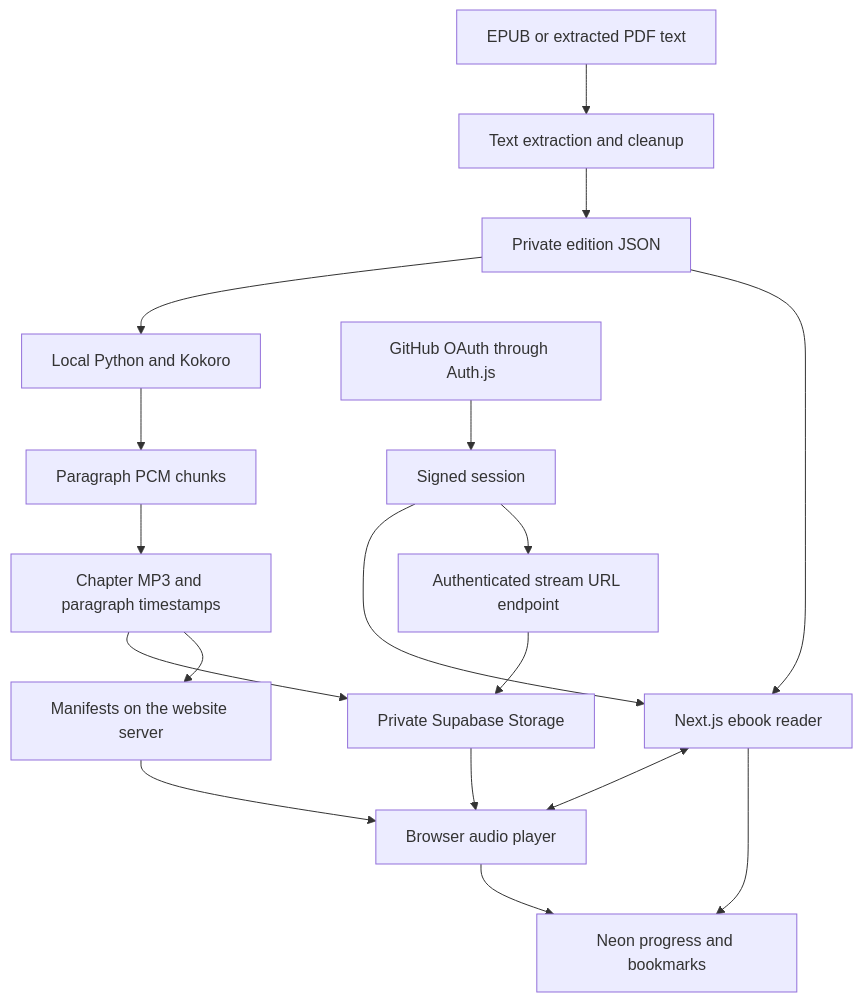
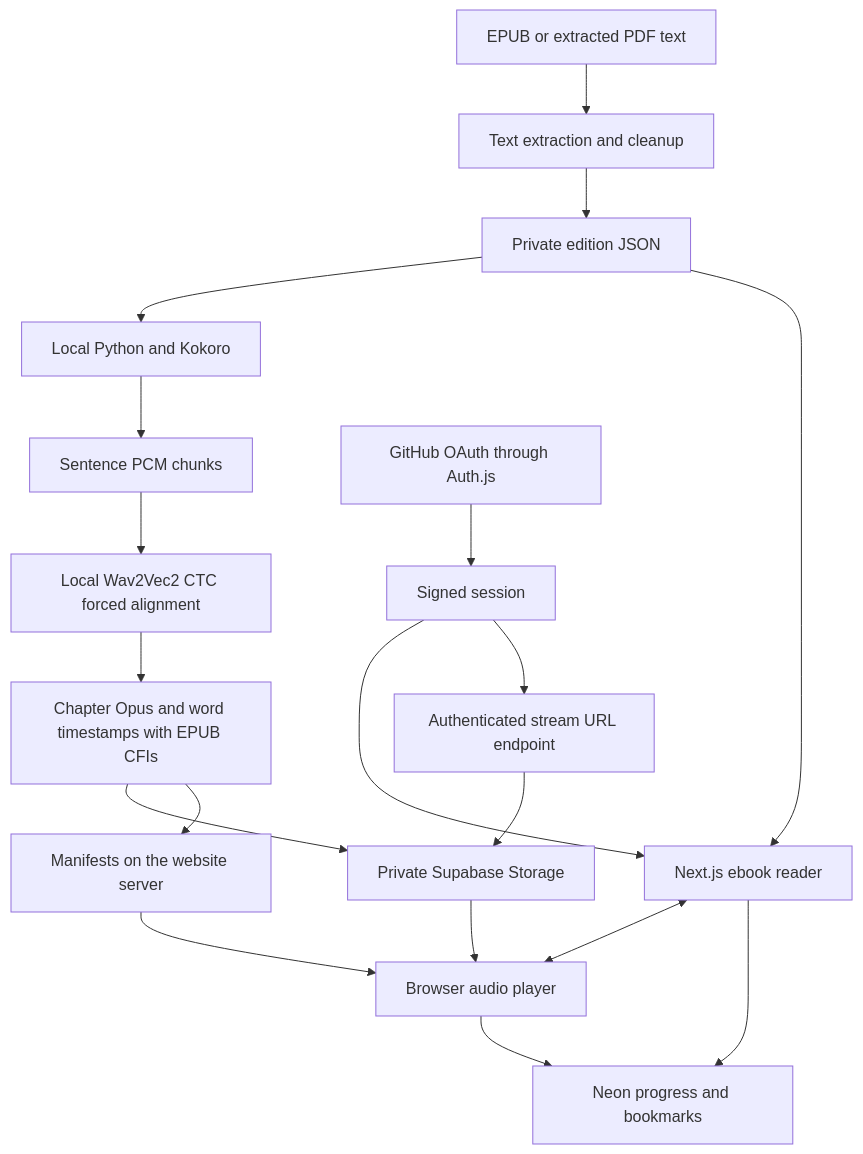
One commit to holsoma/readlay changed the diagram in docs/ARCHITECTURE.md. Above: the diagram before and after it, drawn with Mermaid. The commit also changed other lines of this file and 38 other files, not shown here.

````diff
--- a/docs/ARCHITECTURE.md
+++ b/docs/ARCHITECTURE.md
@@ -3,20 +3,21 @@
 ```mermaid
 flowchart TD
   EPUB[EPUB or extracted PDF text] --> Extract[Text extraction and cleanup]
   Extract --> Text[Private edition JSON]
   Text --> Kokoro[Local Python and Kokoro]
-  Kokoro --> Paragraphs[Paragraph PCM chunks]
-  Paragraphs --> Chapters[Chapter MP3 and paragraph timestamps]
+  Kokoro --> Sentences[Sentence PCM chunks]
+  Sentences --> Align[Local Wav2Vec2 CTC forced alignment]
+  Align --> Chapters[Chapter Opus and word timestamps with EPUB CFIs]
   Chapters --> Storage[Private Supabase Storage]
   Chapters --> Manifests[Manifests on the website server]
   Storage --> Player[Browser audio player]
   Manifests --> Player
   Text --> Reader[Next.js ebook reader]
   Reader <--> Player
   GitHub[GitHub OAuth through Auth.js] --> Session[Signed session]
   Session --> Reader
   Session --> Stream[Authenticated stream URL endpoint]
   Stream --> Storage
   Reader --> Progress[Neon progress and bookmarks]
   Player --> Progress
 ```
````
